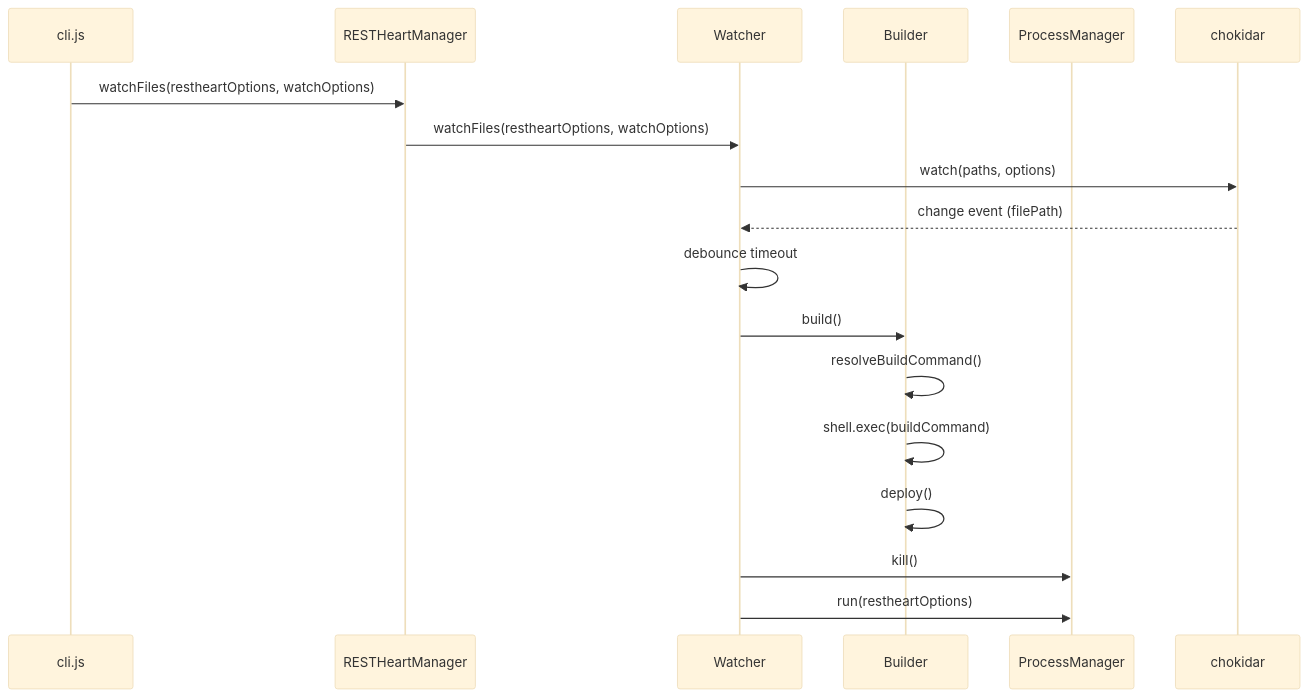
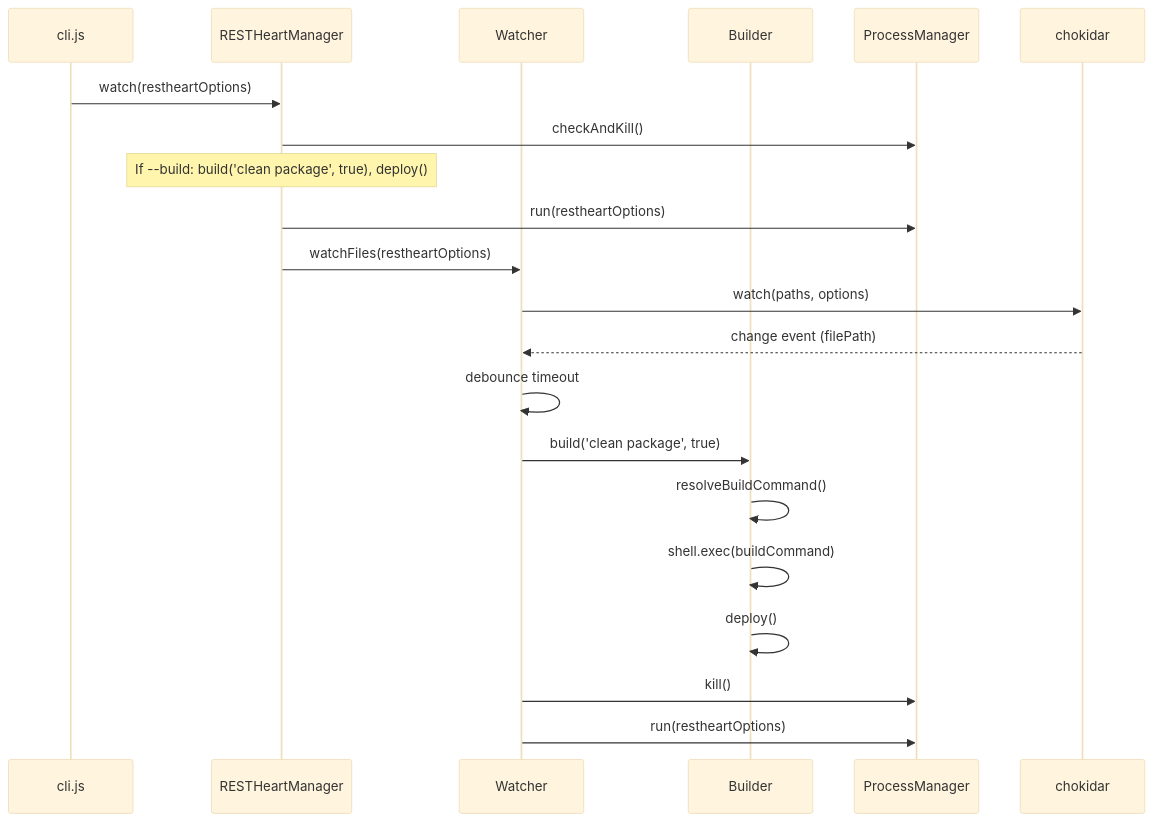
The third of 4 diagrams in openwiki/architecture/overview.md (SoftInstigate/restheart-cli), drawn with Mermaid (base theme) before and after one commit. The commit also changed other lines of this file and 7 other files, not shown here.

````diff
--- a/openwiki/architecture/overview.md
+++ b/openwiki/architecture/overview.md
@@ -268,21 +307,24 @@
 ```mermaid
 sequenceDiagram
     participant CLI as cli.js
     participant RH as RESTHeartManager
     participant W as Watcher
     participant B as Builder
     participant PM as ProcessManager
     participant CH as chokidar
 
-    CLI->>RH: watchFiles(restheartOptions, watchOptions)
-    RH->>W: watchFiles(restheartOptions, watchOptions)
+    CLI->>RH: watch(restheartOptions)
+    RH->>PM: checkAndKill()
+    Note over RH: If --build: build('clean package', true), deploy()
+    RH->>PM: run(restheartOptions)
+    RH->>W: watchFiles(restheartOptions)
     W->>CH: watch(paths, options)
     CH-->>W: change event (filePath)
     W->>W: debounce timeout
-    W->>B: build()
+    W->>B: build('clean package', true)
     B->>B: resolveBuildCommand()
     B->>B: shell.exec(buildCommand)
     B->>B: deploy()
     W->>PM: kill()
     W->>PM: run(restheartOptions)
 ```
````
